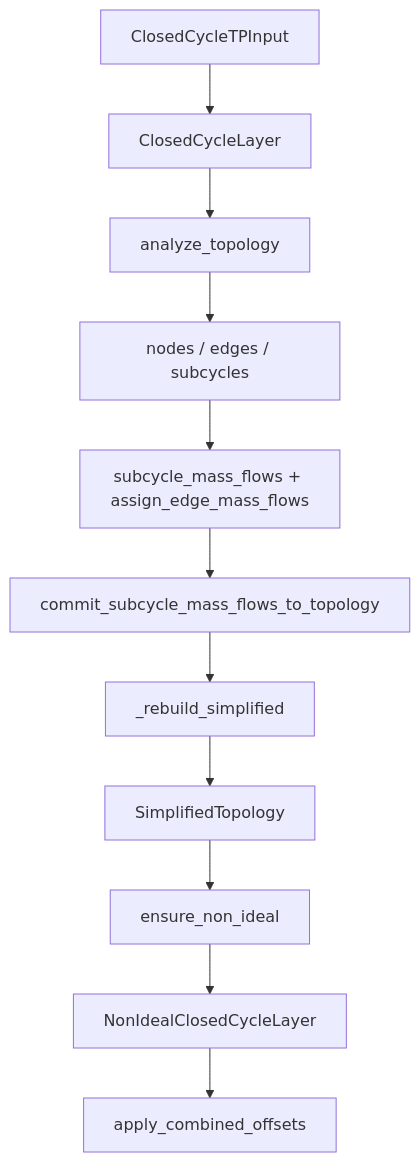
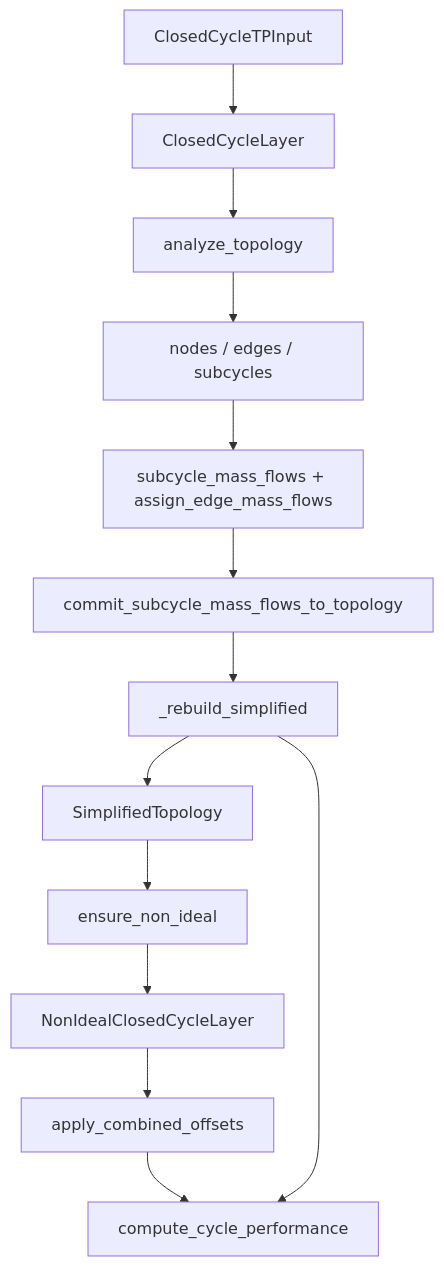
The diagram in docs/architecture.md (AkiVIVY/CyGES), drawn with Mermaid before and after one commit. The commit also changed other lines of this file and 11 other files, not shown here.

First line of the commit message:
重构非理想层为 non_ideal_bias，新增 cycle_performance 性能统计模块，更新文档与测试

````diff
--- a/docs/architecture.md
+++ b/docs/architecture.md
@@ -11,13 +11,15 @@
 ```mermaid
 flowchart TD
     inp[ClosedCycleTPInput] --> layer[ClosedCycleLayer]
     layer --> analyze[analyze_topology]
     analyze --> topo[nodes / edges / subcycles]
     topo --> mf[subcycle_mass_flows + assign_edge_mass_flows]
     mf --> commit[commit_subcycle_mass_flows_to_topology]
     commit --> simp[_rebuild_simplified]
     simp --> simplified[SimplifiedTopology]
     simplified --> ensure[ensure_non_ideal]
     ensure --> ni[NonIdealClosedCycleLayer]
     ni --> off[apply_combined_offsets]
+    off --> perf[compute_cycle_performance]
+    simp --> perf
 ```
````
